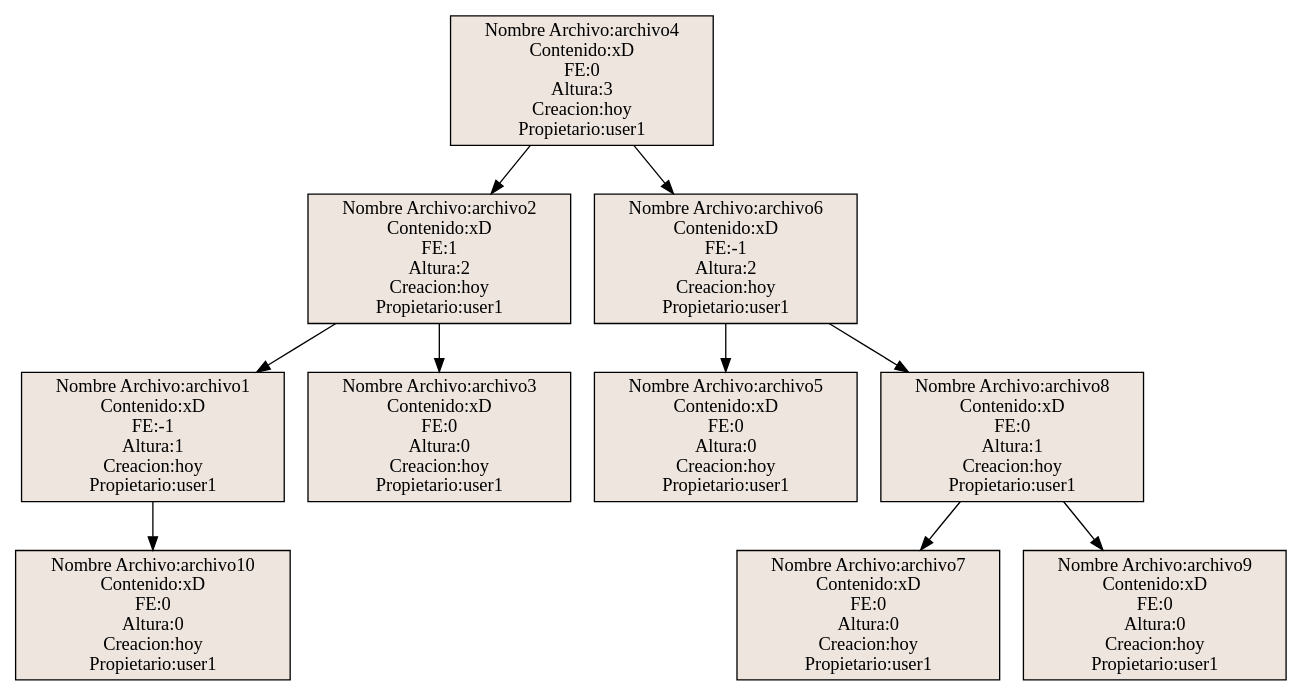
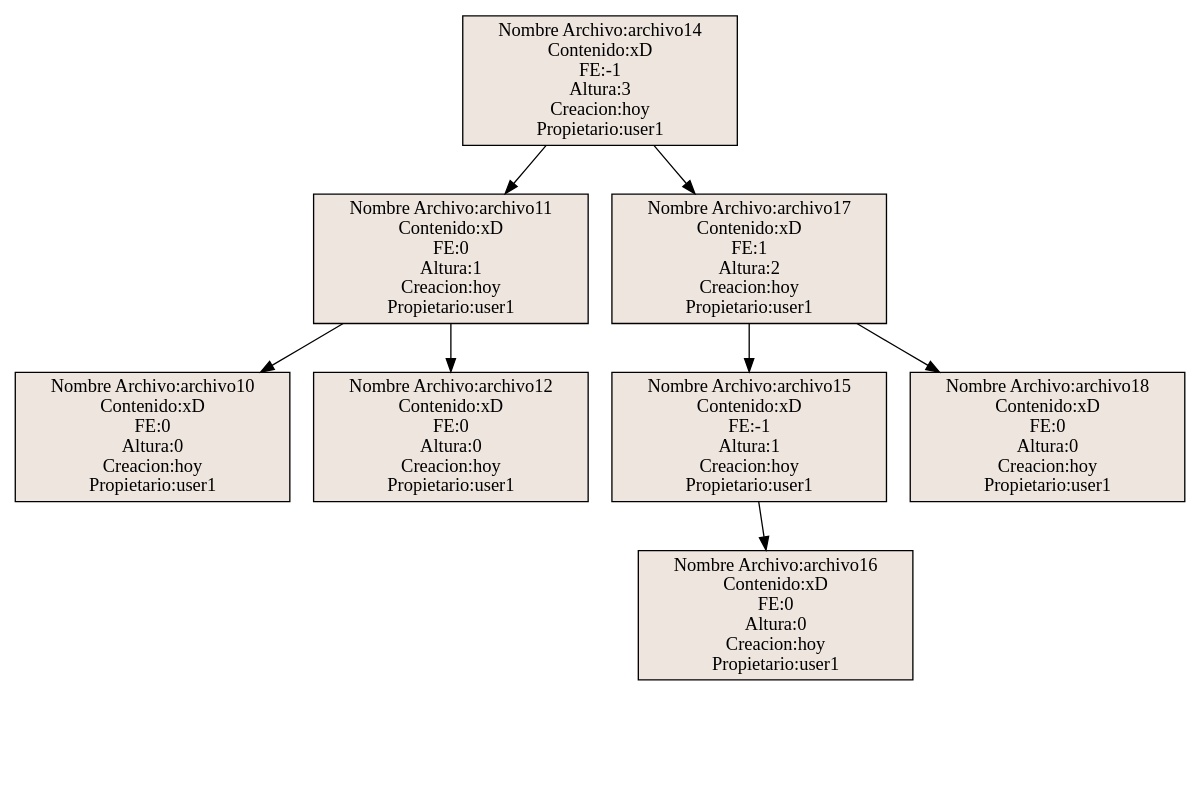
One commit to CSuy/EDD_2S2019_PY2_201700918 changed the diagram in Reportes/Arbol_AVL.dot. Above: the diagram before and after it, drawn with Graphviz. The commit also changed 6 other files, not shown here.

```diff
--- a/Reportes/Arbol_AVL.dot
+++ b/Reportes/Arbol_AVL.dot
@@ -1,118 +1,157 @@
 digraph guia{ 
 node [shape = record, style=filled, fillcolor=seashell2];
-"Nombre Archivo:archivo4
+"Nombre Archivo:archivo14
  Contenido:xD
- FE:0
+ FE:-1
  Altura:3
  Creacion:hoy
  Propietario:user1"; 
-"Nombre Archivo:archivo4
+"Nombre Archivo:archivo14
  Contenido:xD
- FE:0
+ FE:-1
  Altura:3
  Creacion:hoy
  Propietario:user1"-> 
-"Nombre Archivo:archivo2
+"Nombre Archivo:archivo11
  Contenido:xD
- FE:1
- Altura:2
- Creacion:hoy
- Propietario:user1"; 
-"Nombre Archivo:archivo2
- Contenido:xD
- FE:1
- Altura:2
- Creacion:hoy
- Propietario:user1"-> 
-"Nombre Archivo:archivo1
- Contenido:xD
- FE:-1
+ FE:0
  Altura:1
  Creacion:hoy
  Propietario:user1"; 
-"Nombre Archivo:archivo1
+"Nombre Archivo:archivo11
  Contenido:xD
- FE:-1
+ FE:0
  Altura:1
  Creacion:hoy
  Propietario:user1"-> 
 "Nombre Archivo:archivo10
  Contenido:xD
  FE:0
  Altura:0
  Creacion:hoy
  Propietario:user1"; 
-"Nombre Archivo:archivo2
+null0[label="", style=invis]; 
+"Nombre Archivo:archivo10
+ Contenido:xD
+ FE:0
+ Altura:0
+ Creacion:hoy
+ Propietario:user1"-> null0[style=invis]; 
+null1[label="", style=invis]; 
+"Nombre Archivo:archivo10
+ Contenido:xD
+ FE:0
+ Altura:0
+ Creacion:hoy
+ Propietario:user1"-> null1[style=invis]; 
+"Nombre Archivo:archivo11
+ Contenido:xD
+ FE:0
+ Altura:1
+ Creacion:hoy
+ Propietario:user1"-> 
+"Nombre Archivo:archivo12
+ Contenido:xD
+ FE:0
+ Altura:0
+ Creacion:hoy
+ Propietario:user1"; 
+null2[label="", style=invis]; 
+"Nombre Archivo:archivo12
+ Contenido:xD
+ FE:0
+ Altura:0
+ Creacion:hoy
+ Propietario:user1"-> null2[style=invis]; 
+null3[label="", style=invis]; 
+"Nombre Archivo:archivo12
+ Contenido:xD
+ FE:0
+ Altura:0
+ Creacion:hoy
+ Propietario:user1"-> null3[style=invis]; 
+"Nombre Archivo:archivo14
+ Contenido:xD
+ FE:-1
+ Altura:3
+ Creacion:hoy
+ Propietario:user1"-> 
+"Nombre Archivo:archivo17
+ Contenido:xD
+ FE:1
+ Altura:2
+ Creacion:hoy
+ Propietario:user1"; 
+"Nombre Archivo:archivo17
  Contenido:xD
  FE:1
  Altura:2
  Creacion:hoy
  Propietario:user1"-> 
-"Nombre Archivo:archivo3
+"Nombre Archivo:archivo15
+ Contenido:xD
+ FE:-1
+ Altura:1
+ Creacion:hoy
+ Propietario:user1"; 
+null4[label="", style=invis]; 
+"Nombre Archivo:archivo15
+ Contenido:xD
+ FE:-1
+ Altura:1
+ Creacion:hoy
+ Propietario:user1"-> null4[style=invis]; 
+"Nombre Archivo:archivo15
+ Contenido:xD
+ FE:-1
+ Altura:1
+ Creacion:hoy
+ Propietario:user1"-> 
+"Nombre Archivo:archivo16
  Contenido:xD
  FE:0
  Altura:0
  Creacion:hoy
  Propietario:user1"; 
-"Nombre Archivo:archivo4
+null5[label="", style=invis]; 
+"Nombre Archivo:archivo16
  Contenido:xD
  FE:0
- Altura:3
+ Altura:0
  Creacion:hoy
- Propietario:user1"-> 
-"Nombre Archivo:archivo6
+ Propietario:user1"-> null5[style=invis]; 
+null6[label="", style=invis]; 
+"Nombre Archivo:archivo16
  Contenido:xD
- FE:-1
- Altura:2
+ FE:0
+ Altura:0
  Creacion:hoy
- Propietario:user1"; 
-"Nombre Archivo:archivo6
+ Propietario:user1"-> null6[style=invis]; 
+"Nombre Archivo:archivo17
  Contenido:xD
- FE:-1
+ FE:1
  Altura:2
  Creacion:hoy
  Propietario:user1"-> 
-"Nombre Archivo:archivo5
+"Nombre Archivo:archivo18
  Contenido:xD
  FE:0
  Altura:0
  Creacion:hoy
  Propietario:user1"; 
-"Nombre Archivo:archivo6
- Contenido:xD
- FE:-1
- Altura:2
- Creacion:hoy
- Propietario:user1"-> 
-"Nombre Archivo:archivo8
- Contenido:xD
- FE:0
- Altura:1
- Creacion:hoy
- Propietario:user1"; 
-"Nombre Archivo:archivo8
- Contenido:xD
- FE:0
- Altura:1
- Creacion:hoy
- Propietario:user1"-> 
-"Nombre Archivo:archivo7
+null7[label="", style=invis]; 
+"Nombre Archivo:archivo18
  Contenido:xD
  FE:0
  Altura:0
  Creacion:hoy
- Propietario:user1"; 
-"Nombre Archivo:archivo8
- Contenido:xD
- FE:0
- Altura:1
- Creacion:hoy
- Propietario:user1"-> 
-"Nombre Archivo:archivo9
+ Propietario:user1"-> null7[style=invis]; 
+null8[label="", style=invis]; 
+"Nombre Archivo:archivo18
  Contenido:xD
  FE:0
  Altura:0
  Creacion:hoy
- Propietario:user1"; 
+ Propietario:user1"-> null8[style=invis]; 
 
 }
```
